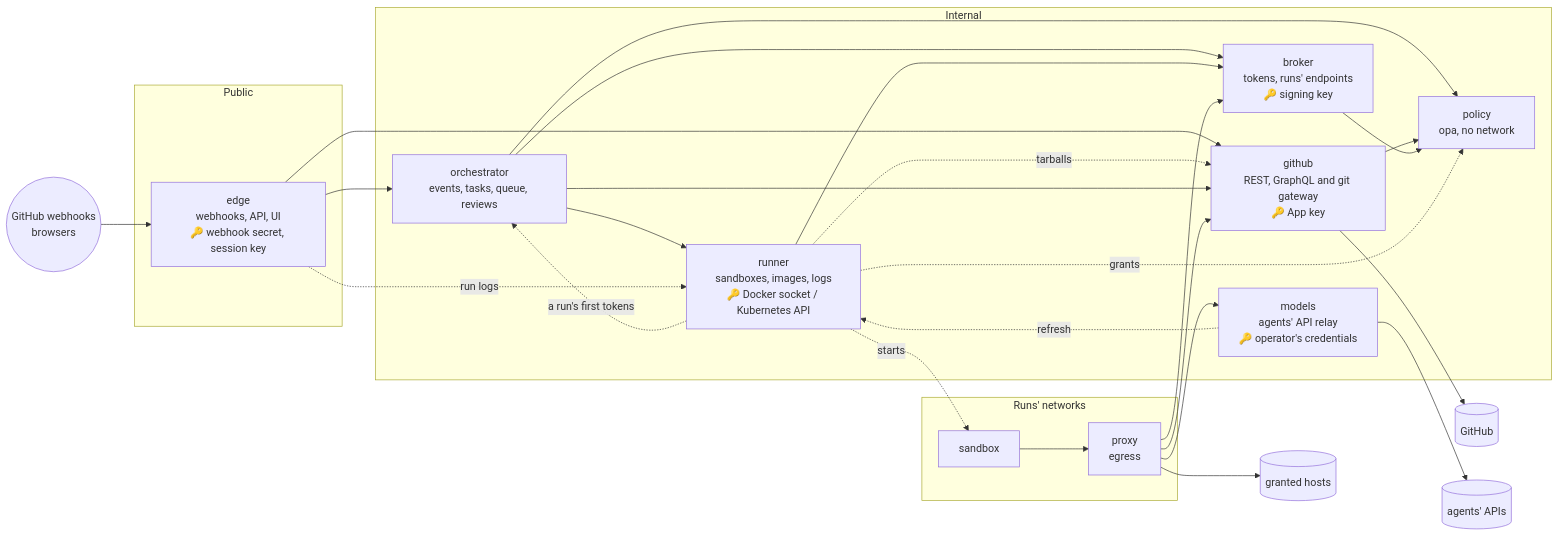
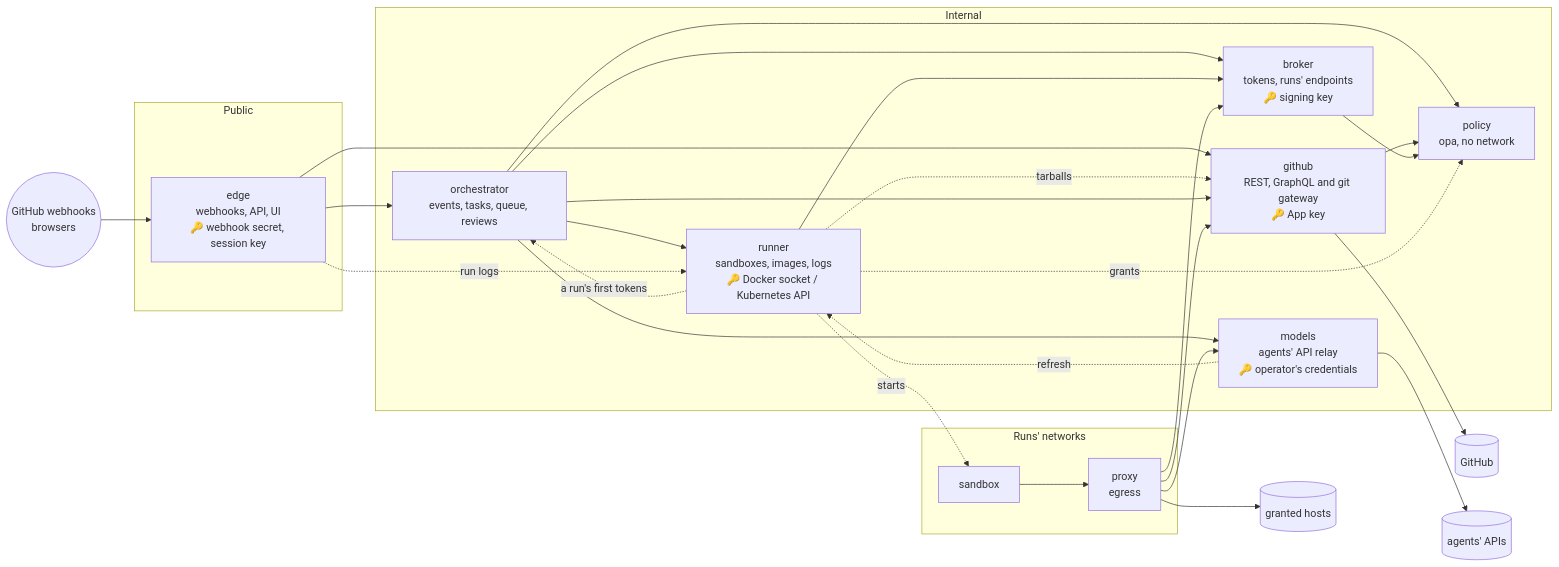
Before and after one commit to BryanSmee/deckhand: the diagram in docs/services.md, drawn with Mermaid. The commit also changed other lines of this file and 53 other files, not shown here.

````diff
--- a/docs/services.md
+++ b/docs/services.md
@@ -13,49 +13,50 @@
 ```mermaid
 flowchart LR
   web(("GitHub webhooks<br/>browsers"))
   gh[("GitHub")]
   ai[("agents' APIs")]
   hosts[("granted hosts")]
 
   subgraph public [Public]
     edge["edge<br/>webhooks, API, UI<br/>🔑 webhook secret, session key"]
   end
 
   subgraph internal [Internal]
     orch["orchestrator<br/>events, tasks, queue, reviews"]
     runner["runner<br/>sandboxes, images, logs<br/>🔑 Docker socket / Kubernetes API"]
     broker["broker<br/>tokens, runs' endpoints<br/>🔑 signing key"]
     github["github<br/>REST, GraphQL and git gateway<br/>🔑 App key"]
     models["models<br/>agents' API relay<br/>🔑 operator's credentials"]
     policy["policy<br/>opa, no network"]
   end
 
   subgraph runs ["Runs' networks"]
     sandbox["sandbox"]
     proxy["proxy<br/>egress"]
   end
 
   web --> edge
   edge --> orch
   edge --> github
   orch --> runner
   orch --> broker
   runner --> broker
   runner -. a run's first tokens .-> orch
   runner -. tarballs .-> github
   edge -. run logs .-> runner
   orch --> github
   orch --> policy
+  orch --> models
   runner -. starts .-> sandbox
   sandbox --> proxy
   proxy --> github
   proxy --> models
   proxy --> broker
   proxy --> hosts
   github --> policy
   broker --> policy
   runner -. grants .-> policy
   github --> gh
   models --> ai
   models -. refresh .-> runner
 ```
````
